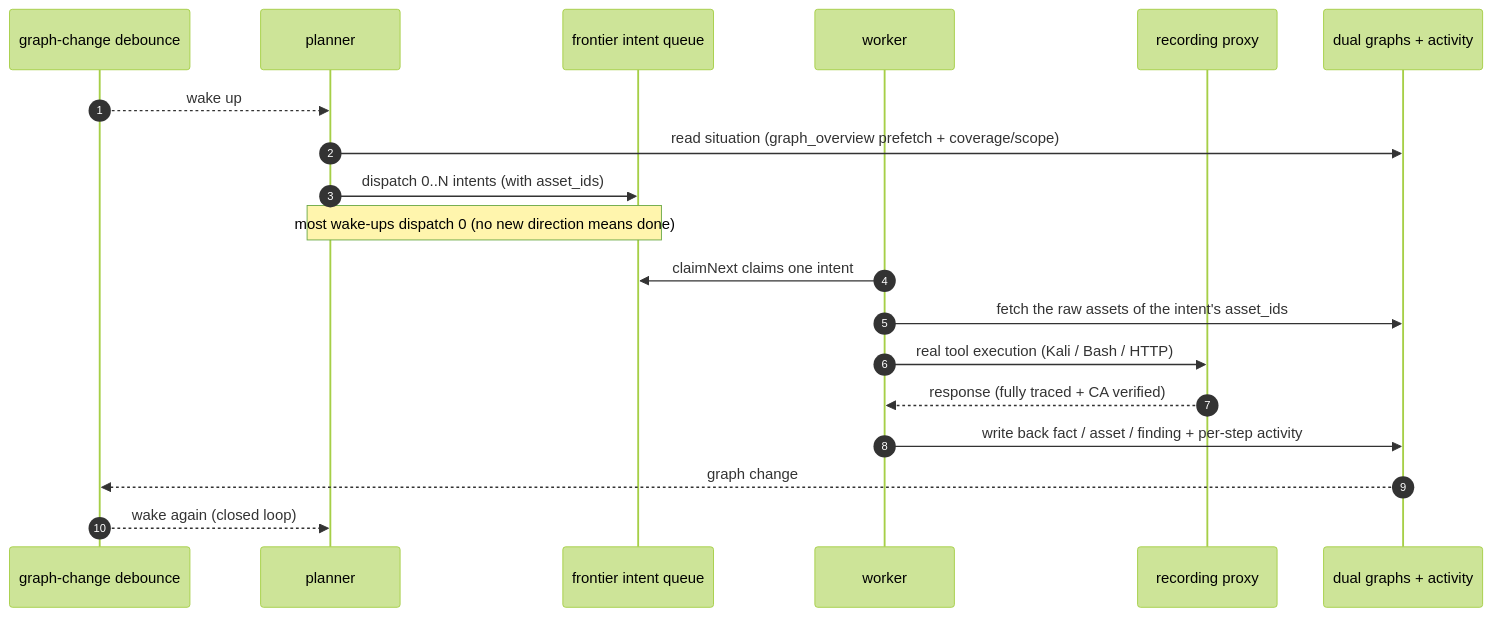
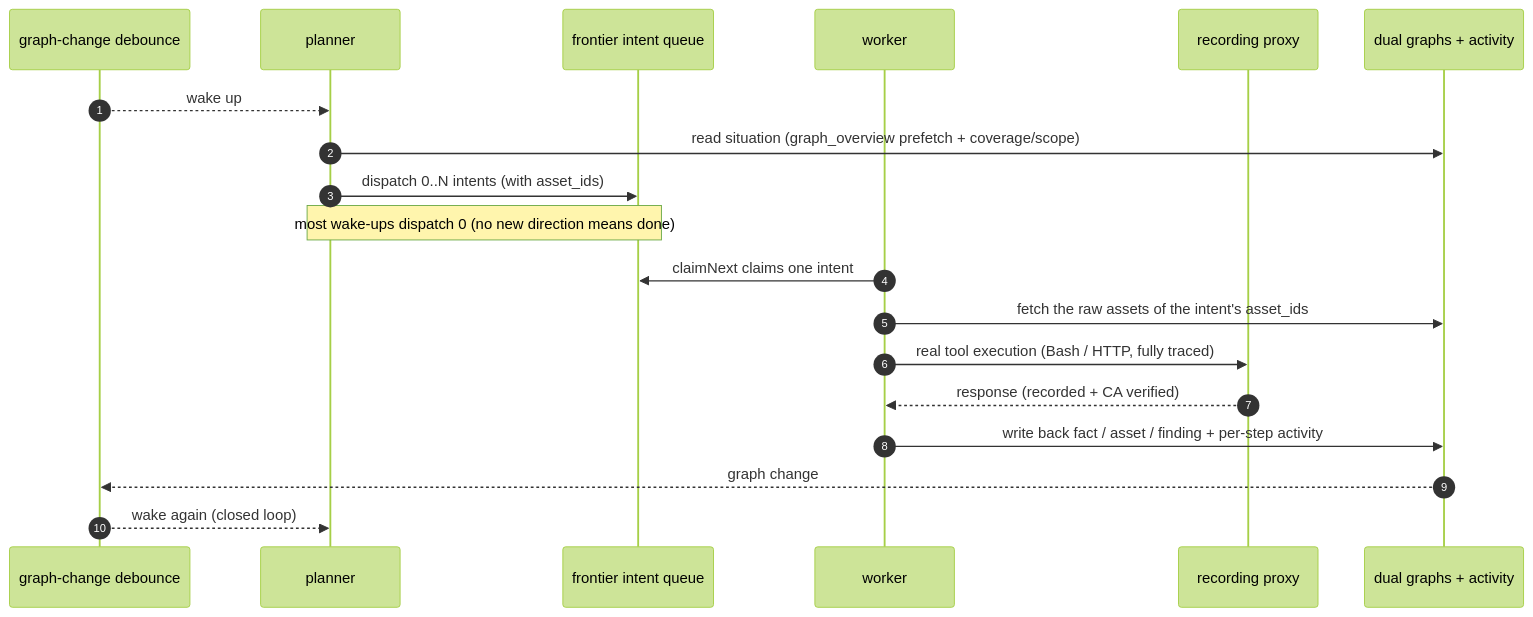
One commit to whyujjwal/superartex changed the second of 2 diagrams in README.md. Above: the diagram before and after it, drawn with Mermaid (forest theme). The commit also changed other lines of this file and 8 other files, not shown here.

````diff
--- a/README.md
+++ b/README.md
@@ -185,22 +197,22 @@
 ```mermaid
 sequenceDiagram
   autonumber
   participant EV as graph-change debounce
   participant P as planner
   participant FR as frontier intent queue
   participant W as worker
   participant PX as recording proxy
   participant DB as dual graphs + activity
 
   EV-->>P: wake up
   P->>DB: read situation (graph_overview prefetch + coverage/scope)
   P->>FR: dispatch 0..N intents (with asset_ids)
   Note over P,FR: most wake-ups dispatch 0 (no new direction means done)
   W->>FR: claimNext claims one intent
   W->>DB: fetch the raw assets of the intent's asset_ids
-  W->>PX: real tool execution (Kali / Bash / HTTP)
-  PX-->>W: response (fully traced + CA verified)
+  W->>PX: real tool execution (Bash / HTTP, fully traced)
+  PX-->>W: response (recorded + CA verified)
   W->>DB: write back fact / asset / finding + per-step activity
   DB-->>EV: graph change
   EV-->>P: wake again (closed loop)
 ```
````
